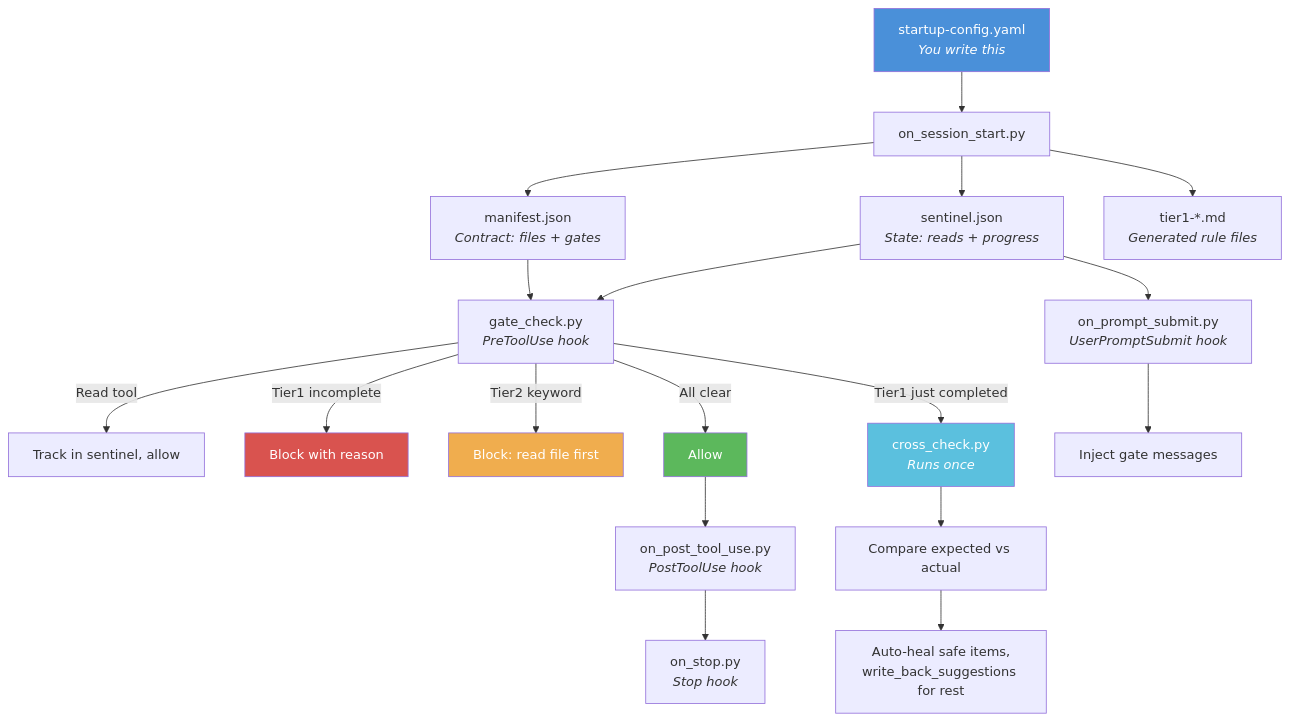
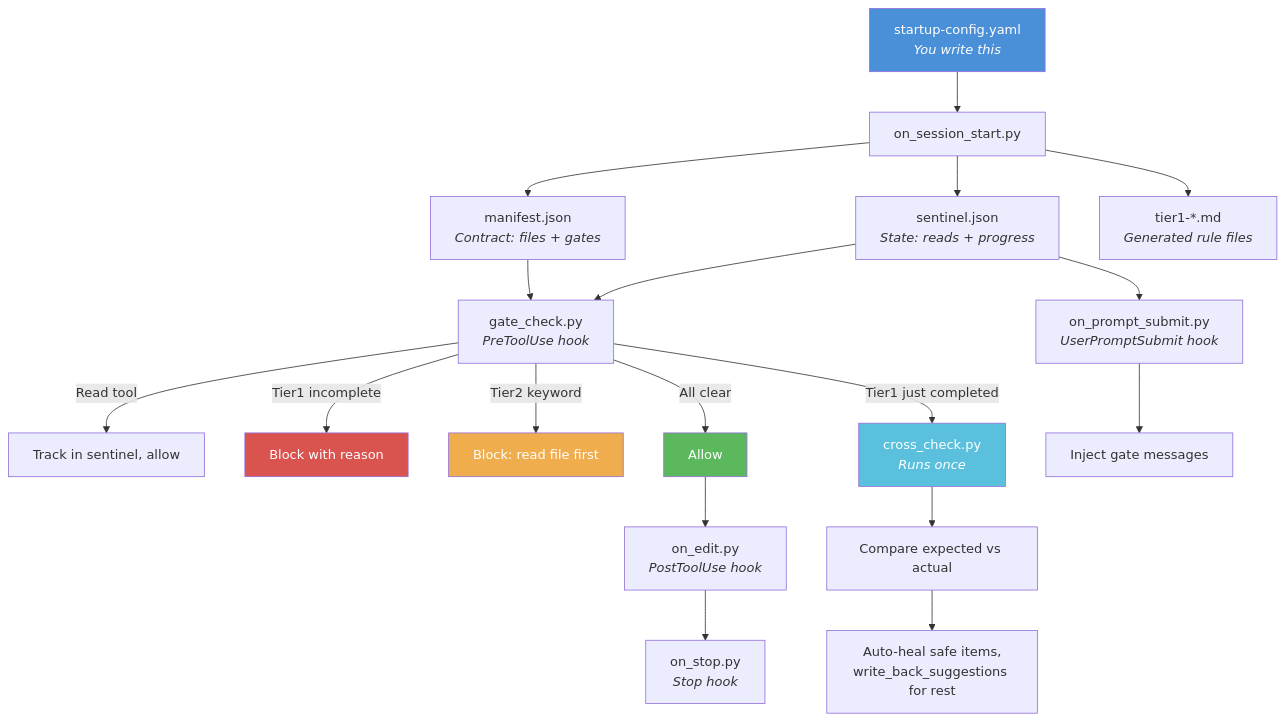
One commit to dexmaddy/agentic-ai-tiered-startup changed the third of 3 diagrams in docs/course/module-2-architecture.md. Above: the diagram before and after it, drawn with Mermaid. The commit also changed 6 other files, not shown here.

````diff
--- a/docs/course/module-2-architecture.md
+++ b/docs/course/module-2-architecture.md
@@ -171,29 +171,29 @@
 ```mermaid
 graph TD
     CONFIG["startup-config.yaml<br/><i>You write this</i>"] --> START["on_session_start.py"]
     START --> MANIFEST["manifest.json<br/><i>Contract: files + gates</i>"]
     START --> SENTINEL["sentinel.json<br/><i>State: reads + progress</i>"]
     START --> TIER1["tier1-*.md<br/><i>Generated rule files</i>"]
 
     MANIFEST --> GATE["gate_check.py<br/><i>PreToolUse hook</i>"]
     SENTINEL --> GATE
     GATE -->|Read tool| G1["Track in sentinel, allow"]
     GATE -->|Tier1 incomplete| G2["Block with reason"]
     GATE -->|Tier2 keyword| G3["Block: read file first"]
     GATE -->|All clear| G4["Allow"]
     GATE -->|Tier1 just completed| CC["cross_check.py<br/><i>Runs once</i>"]
     CC --> CC1["Compare expected vs actual"]
     CC1 --> CC2["Auto-heal safe items,<br/>write_back_suggestions for rest"]
 
     SENTINEL --> PROMPT["on_prompt_submit.py<br/><i>UserPromptSubmit hook</i>"]
     PROMPT --> P1["Inject gate messages"]
 
-    G4 --> EDIT["on_post_tool_use.py<br/><i>PostToolUse hook</i>"]
+    G4 --> EDIT["on_edit.py<br/><i>PostToolUse hook</i>"]
     EDIT --> STOP["on_stop.py<br/><i>Stop hook</i>"]
 
     style CONFIG fill:#4a90d9,color:#fff
     style G2 fill:#d9534f,color:#fff
     style G3 fill:#f0ad4e,color:#fff
     style G4 fill:#5cb85c,color:#fff
     style CC fill:#5bc0de,color:#fff
 ```
````
